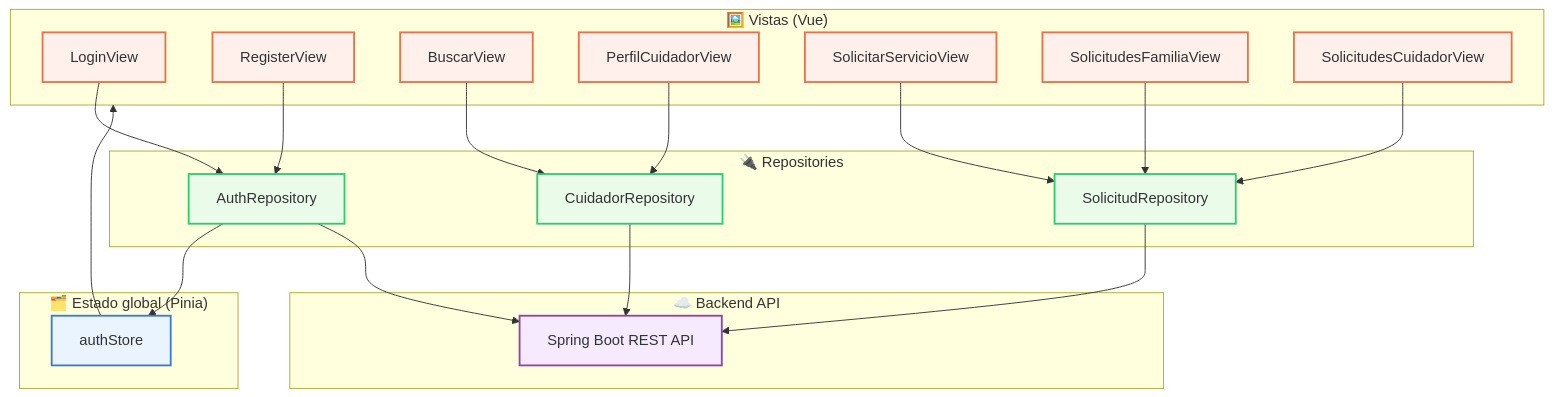
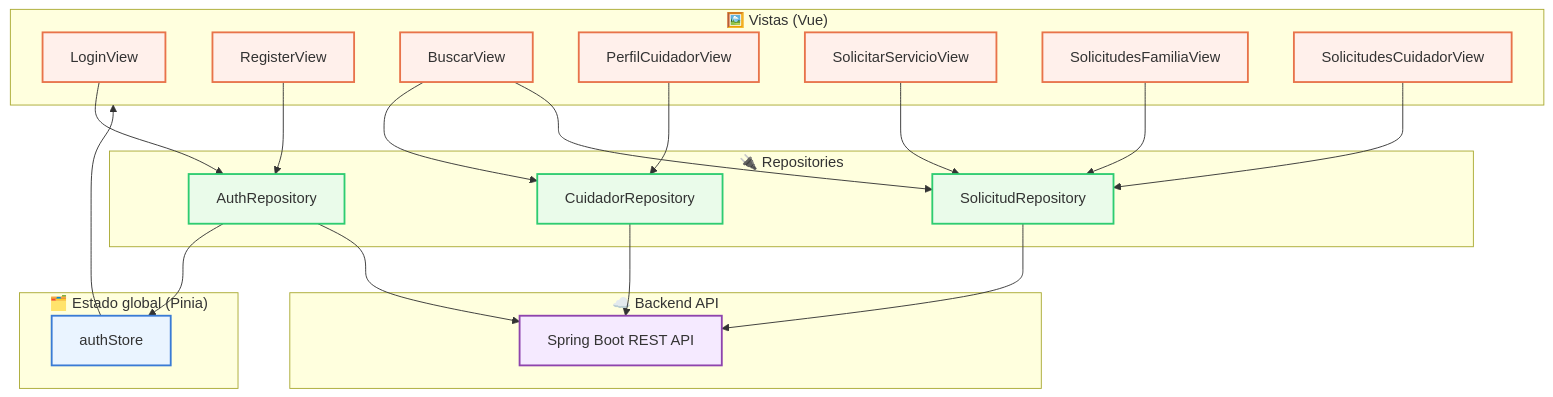
One commit to AndreaVaGo/acompaname-frontend changed the first of 4 diagrams in README.md. Above: the diagram before and after it, drawn with Mermaid. The commit also changed other lines of this file, not shown here.

````diff
--- a/README.md
+++ b/README.md
@@ -273,51 +275,52 @@
 ```mermaid
 flowchart TD
     subgraph UI["🖼️ Vistas (Vue)"]
         Login[LoginView]
         Register[RegisterView]
         Buscar[BuscarView]
         Perfil[PerfilCuidadorView]
         Solicitar[SolicitarServicioView]
         SolFam[SolicitudesFamiliaView]
         SolCui[SolicitudesCuidadorView]
     end
 
     subgraph STATE["🗂️ Estado global (Pinia)"]
         AuthStore[authStore]
     end
 
     subgraph REPO["🔌 Repositories"]
         AuthRepo[AuthRepository]
         CuidadorRepo[CuidadorRepository]
         SolicitudRepo[SolicitudRepository]
     end
 
     subgraph API["☁️ Backend API"]
         Spring[Spring Boot REST API]
     end
 
     Login --> AuthRepo
     Register --> AuthRepo
     Buscar --> CuidadorRepo
+    Buscar --> SolicitudRepo
     Perfil --> CuidadorRepo
     Solicitar --> SolicitudRepo
     SolFam --> SolicitudRepo
     SolCui --> SolicitudRepo
 
     AuthRepo --> AuthStore
     AuthStore --> UI
 
     AuthRepo --> Spring
     CuidadorRepo --> Spring
     SolicitudRepo --> Spring
 
     classDef ui fill:#fff0eb,stroke:#e8734a,stroke-width:2px,color:#333;
     classDef state fill:#eaf4ff,stroke:#3a7bd5,stroke-width:2px,color:#333;
     classDef repo fill:#eafbea,stroke:#2ecc71,stroke-width:2px,color:#333;
     classDef api fill:#f5eaff,stroke:#8e44ad,stroke-width:2px,color:#333;
 
     class Login,Register,Buscar,Perfil,Solicitar,SolFam,SolCui ui;
     class AuthStore state;
     class AuthRepo,CuidadorRepo,SolicitudRepo repo;
     class Spring api;
 ```
````
